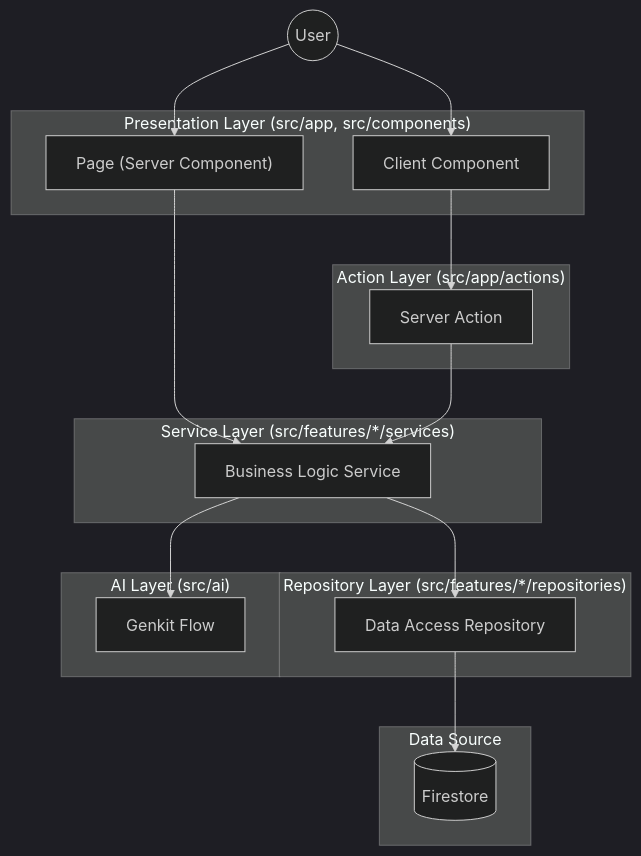
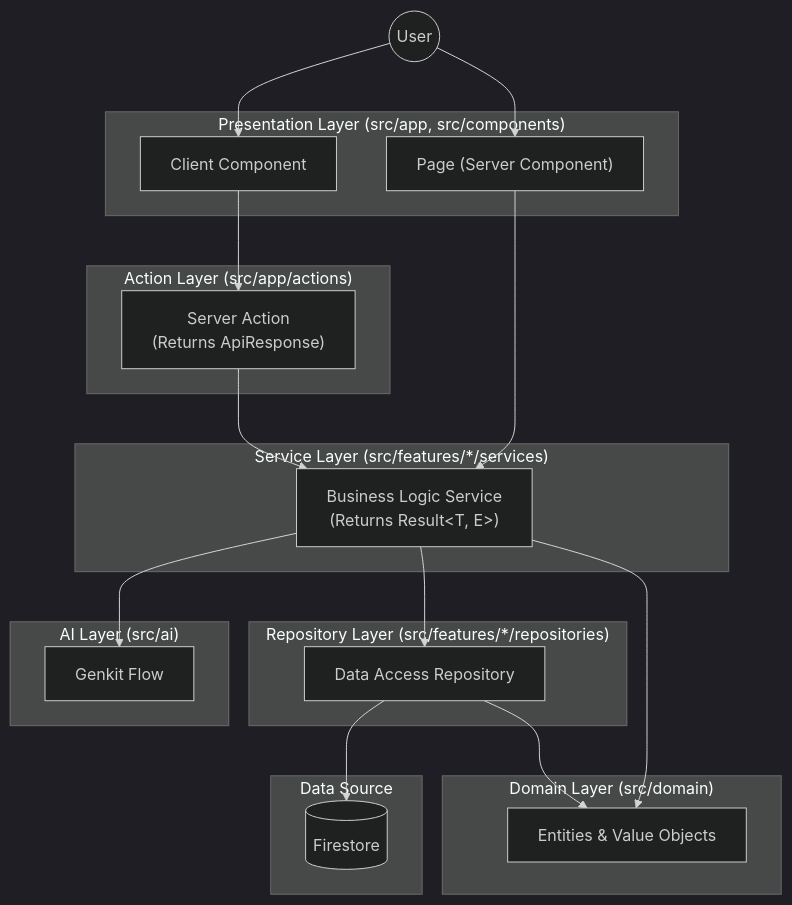
Before and after one commit to arvindri2005/Company-Leetcode-Explorer: the diagram in project-structure.md, drawn with Mermaid (dark theme). The commit also changed other lines of this file and 5 other files, not shown here.

````diff
--- a/project-structure.md
+++ b/project-structure.md
@@ -310,38 +480,44 @@
 ```mermaid
 graph TD
     User((User))
 
     subgraph Presentation ["Presentation Layer (src/app, src/components)"]
         Page["Page (Server Component)"]
         Component["Client Component"]
     end
 
     subgraph Action ["Action Layer (src/app/actions)"]
-        ServerAction["Server Action"]
+        ServerAction["Server Action<br/>(Returns ApiResponse)"]
     end
 
     subgraph Service ["Service Layer (src/features/*/services)"]
-        BusinessLogic["Business Logic Service"]
+        BusinessLogic["Business Logic Service<br/>(Returns Result&lt;T, E&gt;)"]
     end
 
     subgraph Repository ["Repository Layer (src/features/*/repositories)"]
         DataAccess["Data Access Repository"]
+    end
+
+    subgraph Domain ["Domain Layer (src/domain)"]
+        Entity["Entities & Value Objects"]
     end
 
     subgraph AI_Layer ["AI Layer (src/ai)"]
         GenkitFlow["Genkit Flow"]
     end
 
     subgraph Data ["Data Source"]
         DB[(Firestore)]
     end
 
     User --> Page
     User --> Component
     Page --> BusinessLogic
     Component --> ServerAction
     ServerAction --> BusinessLogic
     BusinessLogic --> DataAccess
     BusinessLogic --> GenkitFlow
+    BusinessLogic --> Entity
+    DataAccess --> Entity
     DataAccess --> DB
 ```
````
